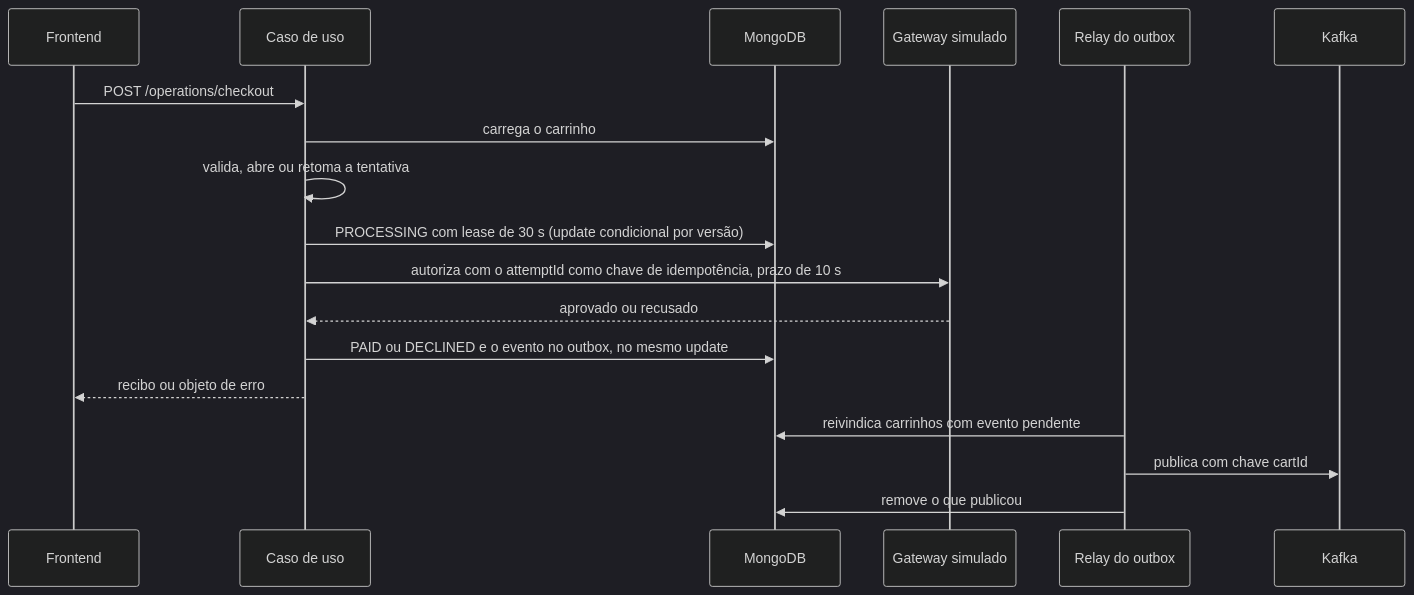
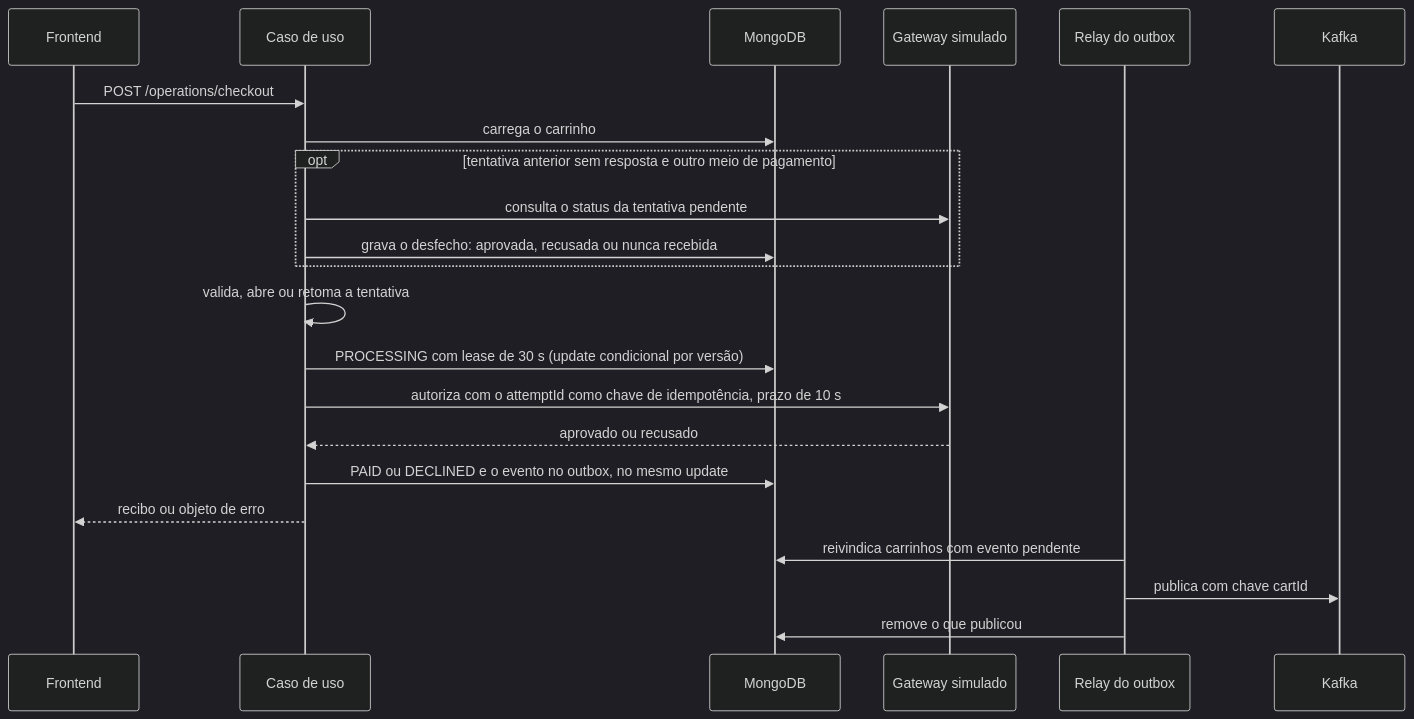
The second of 3 diagrams in README.md (magnolett/checkout-bff), drawn with Mermaid (dark theme) before and after one commit. The commit also changed other lines of this file and 20 other files, not shown here.

````diff
--- a/README.md
+++ b/README.md
@@ -336,20 +363,24 @@
 ```mermaid
 sequenceDiagram
     participant FE as Frontend
     participant UC as Caso de uso
     participant DB as MongoDB
     participant GW as Gateway simulado
     participant RL as Relay do outbox
     participant K as Kafka
     FE->>UC: POST /operations/checkout
     UC->>DB: carrega o carrinho
+    opt tentativa anterior sem resposta e outro meio de pagamento
+        UC->>GW: consulta o status da tentativa pendente
+        UC->>DB: grava o desfecho: aprovada, recusada ou nunca recebida
+    end
     UC->>UC: valida, abre ou retoma a tentativa
     UC->>DB: PROCESSING com lease de 30 s (update condicional por versão)
     UC->>GW: autoriza com o attemptId como chave de idempotência, prazo de 10 s
     GW-->>UC: aprovado ou recusado
     UC->>DB: PAID ou DECLINED e o evento no outbox, no mesmo update
     UC-->>FE: recibo ou objeto de erro
     RL->>DB: reivindica carrinhos com evento pendente
     RL->>K: publica com chave cartId
     RL->>DB: remove o que publicou
 ```
````
